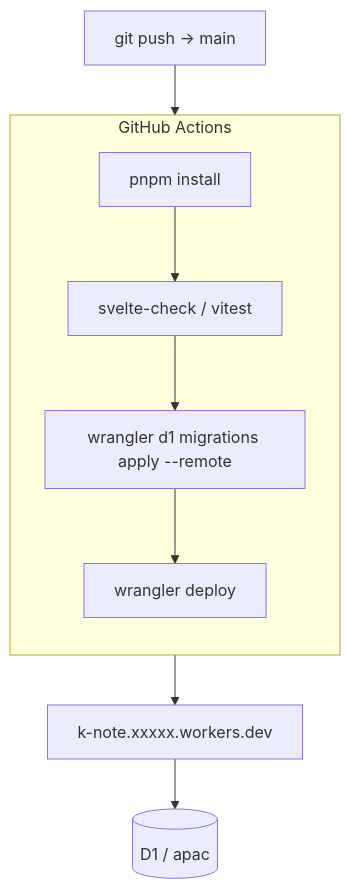
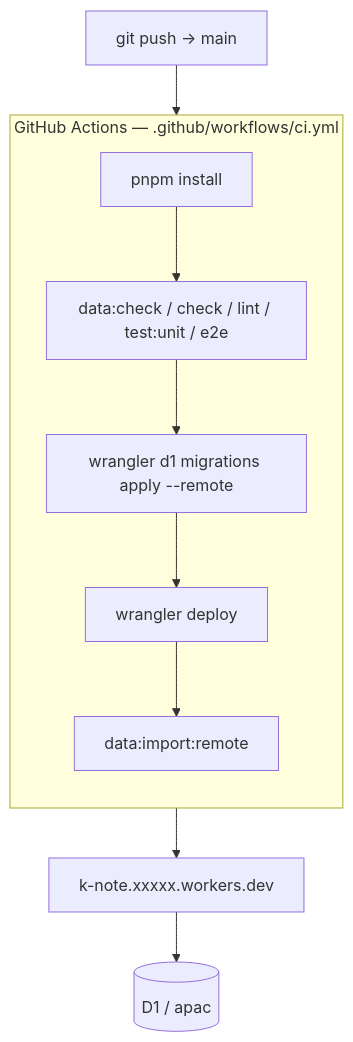
The eighth of 10 diagrams in docs/architecture.md (Atoyr/keiba-note), drawn with Mermaid before and after one commit. The commit also changed other lines of this file and 3 other files, not shown here.

First line of the commit message:
ci: GitHub Actions で検証とデプロイを回す

````diff
--- a/docs/architecture.md
+++ b/docs/architecture.md
@@ -383,14 +383,15 @@
 ```mermaid
 flowchart TB
     P["git push → main"] --> CI
 
-    subgraph CI["GitHub Actions"]
+    subgraph CI["GitHub Actions — .github/workflows/ci.yml"]
         direction TB
-        I["pnpm install"] --> T["svelte-check / vitest"]
+        I["pnpm install"] --> T["data:check / check / lint / test:unit / e2e"]
         T --> M["wrangler d1 migrations apply --remote"]
         M --> DP["wrangler deploy"]
+        DP --> IM["data:import:remote"]
     end
 
     DP --> W["k-note.xxxxx.workers.dev"]
     W --> D[("D1 / apac")]
 ```
````
